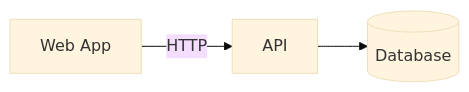
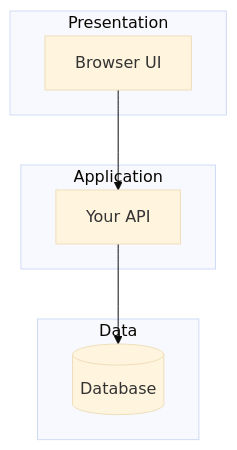
Before and after one commit to CSCI-40500-77100-Fall-2026/se-project-group-3: the diagram in docs/architecture.md, drawn with Mermaid (base theme). The commit also changed other lines of this file, not shown here.

First line of the commit message:
Update docs/architecture.md from the course template

````diff
--- a/docs/architecture.md
+++ b/docs/architecture.md
@@ -22,5 +16,14 @@
 ```mermaid
-graph LR
-    web[Web App] -->|HTTP| api[API]
-    api --> db[(Database)]
+graph TD
+    subgraph Presentation
+        ui[Browser UI]
+    end
+    subgraph Application
+        api[Your API]
+    end
+    subgraph Data
+        db[(Database)]
+    end
+    ui --> api
+    api --> db
 ```
````
